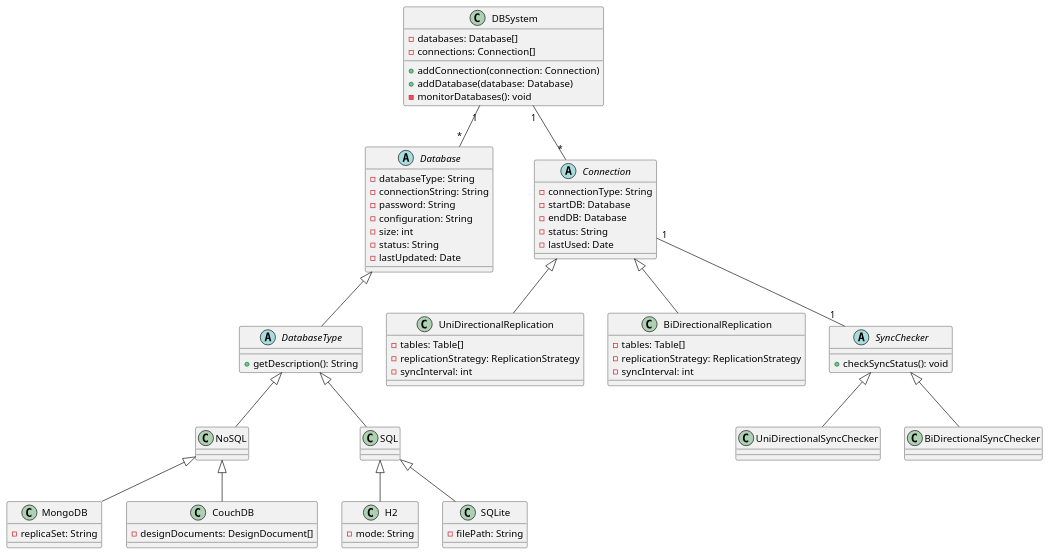
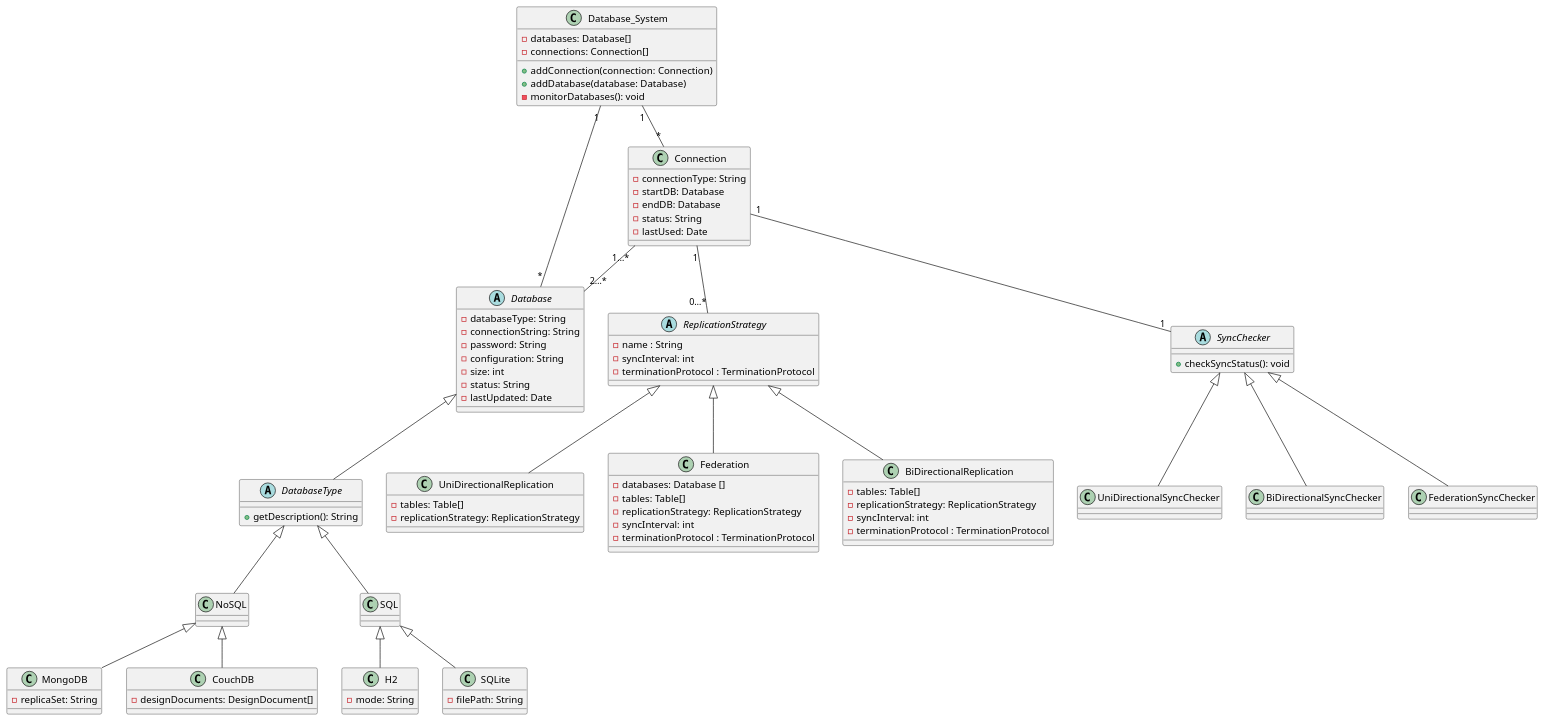
Before and after one commit to adam-omah/Final-Year-Project-Documents: the diagram in PlantUML/Class-diagram.puml, drawn with PlantUML. The commit also changed 2 other files, not shown here.

```diff
--- a/PlantUML/Class-diagram.puml
+++ b/PlantUML/Class-diagram.puml
@@ -1,87 +1,109 @@
 @startuml
 
 abstract class Database {
   - databaseType: String
   - connectionString: String
   - password: String
   - configuration: String
   - size: int
   - status: String
   - lastUpdated: Date
 }
 
 abstract class DatabaseType{
   + getDescription(): String
 }
 
 class NoSQL extends DatabaseType {
 
 }
 
 class SQL extends DatabaseType {
 
 }
 
 class MongoDB extends NoSQL {
   - replicaSet: String
 }
 
 class CouchDB extends NoSQL {
   - designDocuments: DesignDocument[]
 }
 
 class H2 extends SQL {
   - mode: String
 }
 
 class SQLite extends SQL {
   - filePath: String
 }
 
-abstract class Connection {
+class Connection {
   - connectionType: String
   - startDB: Database
   - endDB: Database
   - status: String
   - lastUsed: Date
 }
 
-class UniDirectionalReplication extends Connection {
+abstract class ReplicationStrategy {
+    - name : String
+    - syncInterval: int
+    - terminationProtocol : TerminationProtocol
+}
+
+class UniDirectionalReplication extends ReplicationStrategy {
+  - tables: Table[]
+  - replicationStrategy: ReplicationStrategy
+
+}
+
+class Federation extends ReplicationStrategy {
+  - databases: Database []
   - tables: Table[]
   - replicationStrategy: ReplicationStrategy
   - syncInterval: int
+  - terminationProtocol : TerminationProtocol
 }
 
-class BiDirectionalReplication extends Connection {
+class BiDirectionalReplication extends ReplicationStrategy {
   - tables: Table[]
   - replicationStrategy: ReplicationStrategy
   - syncInterval: int
+  - terminationProtocol : TerminationProtocol
 }
 
-class DBSystem {
+class Database_System {
   - databases: Database[]
   - connections: Connection[]
   + addConnection(connection: Connection)
   + addDatabase(database: Database)
   - monitorDatabases(): void
 }
 
 abstract class SyncChecker {
   + checkSyncStatus(): void
 }
 
 class UniDirectionalSyncChecker extends SyncChecker {
 
 }
 
 class BiDirectionalSyncChecker extends SyncChecker {
 
 }
 
+class FederationSyncChecker extends SyncChecker {
+
+}
+
 Database <|-- DatabaseType
+Connection "1" -- "0…*" ReplicationStrategy
 Connection "1" -- "1" SyncChecker
+Connection "1…*" -- "2…*" Database
 
-DBSystem "1" -- "*" Database
-DBSystem "1" -- "*" Connection
+Database_System "1" -- "*" Database
+
+Database_System "1" -- "*" Connection
 
 @enduml
```
